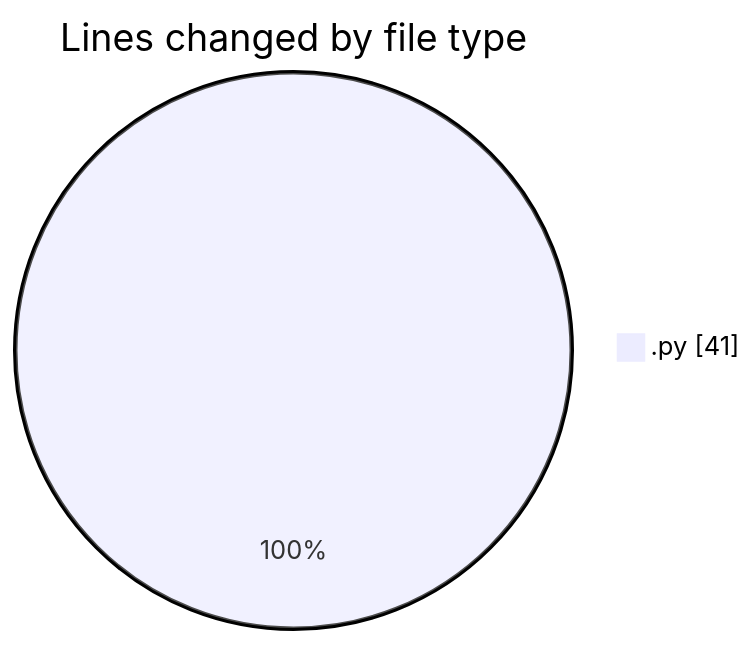
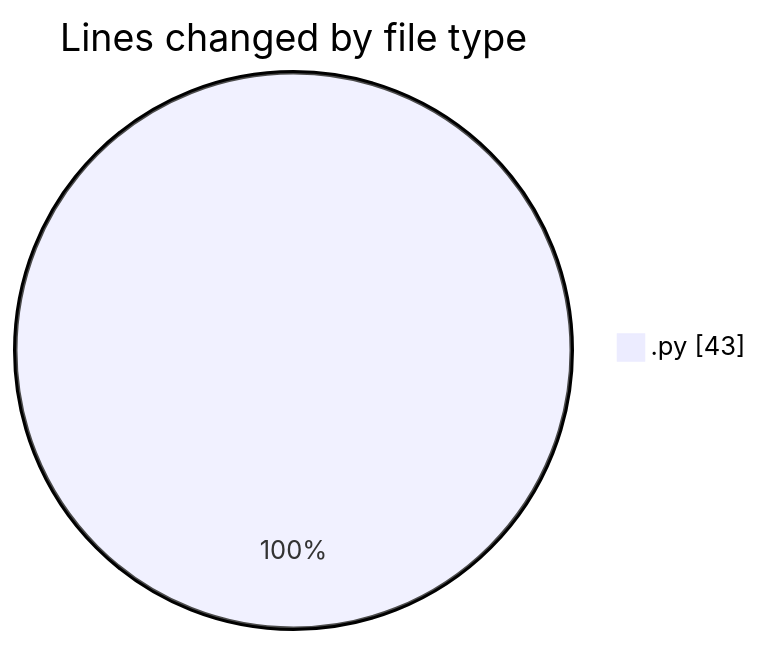
Before and after one commit to hasnaa123/code-tracking: the first of 2 diagrams in 2026-02-22/student_performance_system/README.md, drawn with Mermaid. The commit also changed other lines of this file and 1 other file, not shown here.

````diff
--- a/2026-02-22/student_performance_system/README.md
+++ b/2026-02-22/student_performance_system/README.md
@@ -20,5 +20,5 @@
 ```mermaid
 pie showData
 title Lines changed by file type
-".py" : 41
+".py" : 43
 ```
````
